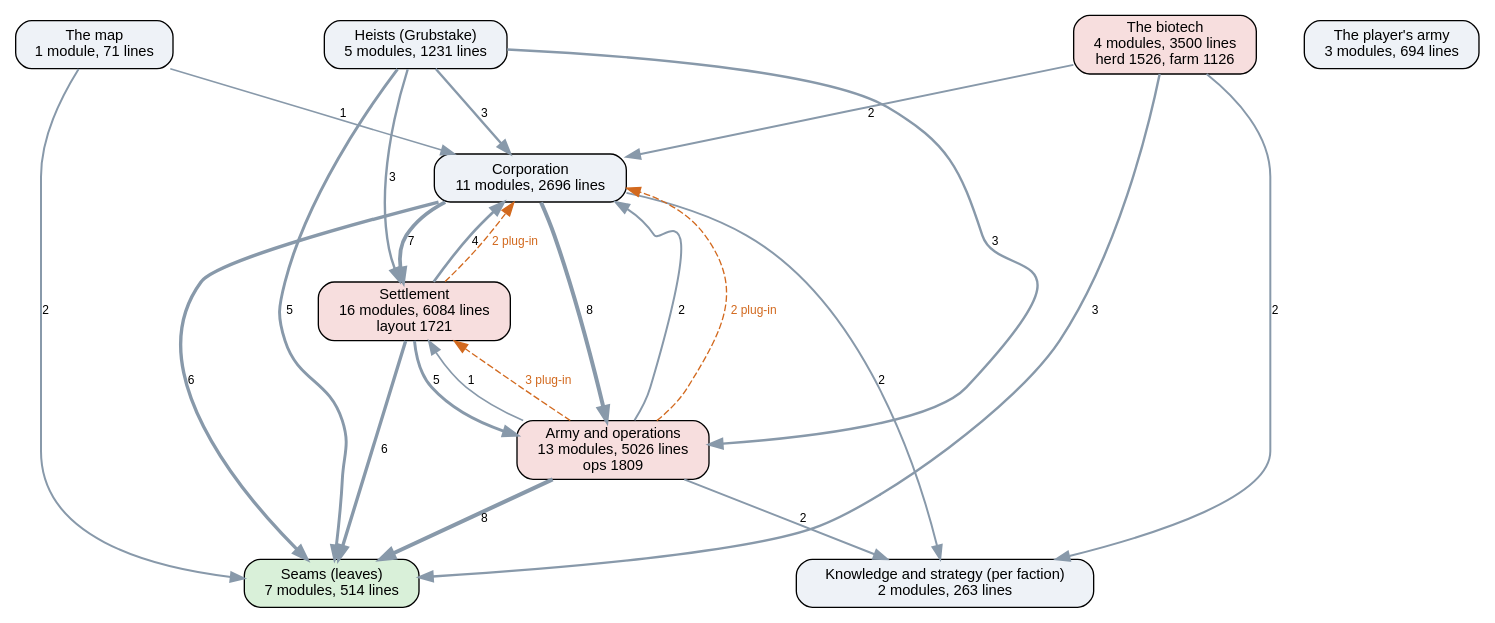
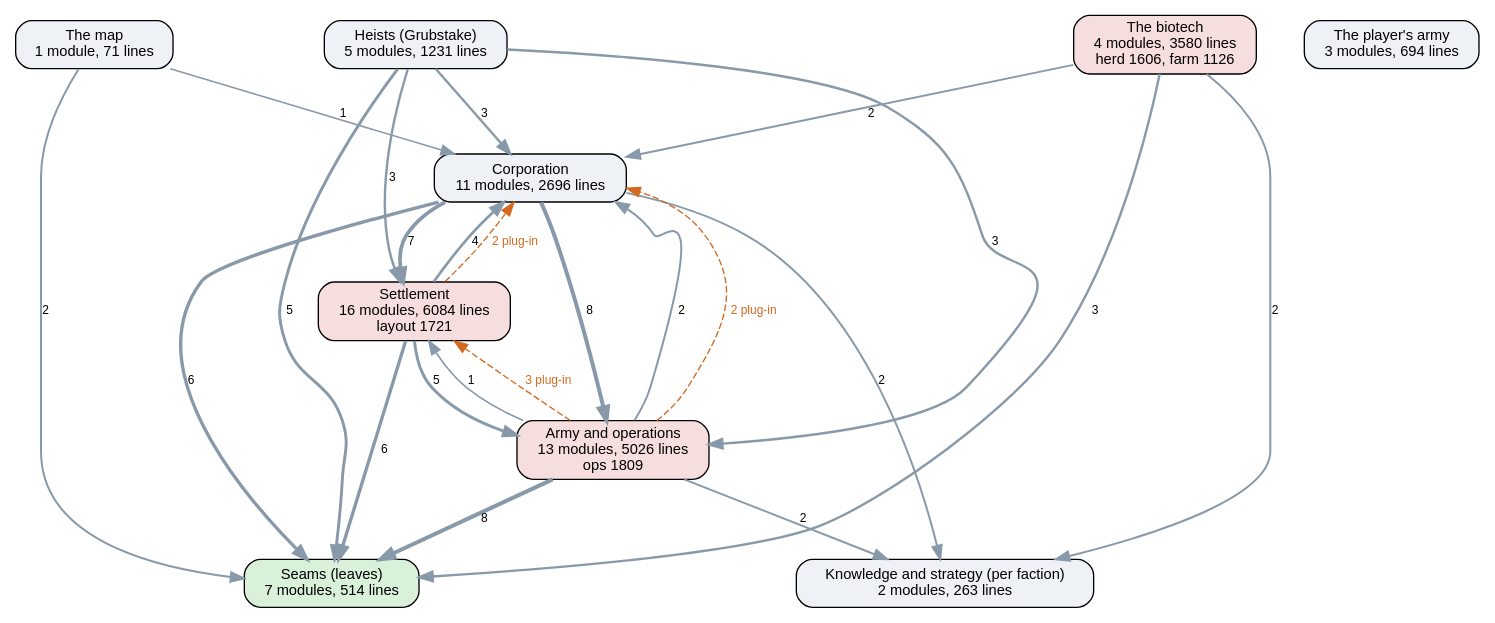
One commit to kinelhu/landing-party changed the diagram in docs/ai-layers.dot. Above: the diagram before and after it, drawn with Graphviz. The commit also changed 8 other files, not shown here.

```diff
--- a/docs/ai-layers.dot
+++ b/docs/ai-layers.dot
@@ -1,37 +1,37 @@
 digraph layers {
   graph [rankdir=TB, fontname="Helvetica", nodesep=0.5, ranksep=0.7];
   node [shape=box, style="rounded,filled", fontname="Helvetica", fontsize=11, fillcolor="#eef2f7"];
   edge [color="#8899aa", fontname="Helvetica", fontsize=9];
   "Seams (leaves)" [label="Seams (leaves)\n7 modules, 514 lines", fillcolor="#d9f0d9"];
   "Knowledge and strategy (per faction)" [label="Knowledge and strategy (per faction)\n2 modules, 263 lines", fillcolor="#eef2f7"];
   "Corporation" [label="Corporation\n11 modules, 2696 lines", fillcolor="#eef2f7"];
   "Settlement" [label="Settlement\n16 modules, 6084 lines\nlayout 1721", fillcolor="#f7dede"];
   "Army and operations" [label="Army and operations\n13 modules, 5026 lines\nops 1809", fillcolor="#f7dede"];
   "Heists (Grubstake)" [label="Heists (Grubstake)\n5 modules, 1231 lines", fillcolor="#eef2f7"];
-  "The biotech" [label="The biotech\n4 modules, 3500 lines\nherd 1526, farm 1126", fillcolor="#f7dede"];
+  "The biotech" [label="The biotech\n4 modules, 3580 lines\nherd 1606, farm 1126", fillcolor="#f7dede"];
   "The map" [label="The map\n1 module, 71 lines", fillcolor="#eef2f7"];
   "The player's army" [label="The player's army\n3 modules, 694 lines", fillcolor="#eef2f7"];
   "Army and operations" -> "Corporation" [label="2", penwidth=1.5];
   "Army and operations" -> "Knowledge and strategy (per faction)" [label="2", penwidth=1.5];
   "Army and operations" -> "Seams (leaves)" [label="8", penwidth=3.0];
   "Army and operations" -> "Settlement" [label="1", penwidth=1.2];
   "Corporation" -> "Army and operations" [label="8", penwidth=3.0];
   "Corporation" -> "Knowledge and strategy (per faction)" [label="2", penwidth=1.5];
   "Corporation" -> "Seams (leaves)" [label="6", penwidth=2.5];
   "Corporation" -> "Settlement" [label="7", penwidth=2.8];
   "Heists (Grubstake)" -> "Army and operations" [label="3", penwidth=1.8];
   "Heists (Grubstake)" -> "Corporation" [label="3", penwidth=1.8];
   "Heists (Grubstake)" -> "Seams (leaves)" [label="5", penwidth=2.2];
   "Heists (Grubstake)" -> "Settlement" [label="3", penwidth=1.8];
   "Settlement" -> "Army and operations" [label="5", penwidth=2.2];
   "Settlement" -> "Corporation" [label="4", penwidth=2.0];
   "Settlement" -> "Seams (leaves)" [label="6", penwidth=2.5];
   "The biotech" -> "Corporation" [label="2", penwidth=1.5];
   "The biotech" -> "Knowledge and strategy (per faction)" [label="2", penwidth=1.5];
   "The biotech" -> "Seams (leaves)" [label="3", penwidth=1.8];
   "The map" -> "Corporation" [label="1", penwidth=1.2];
   "The map" -> "Seams (leaves)" [label="2", penwidth=1.5];
   "Army and operations" -> "Corporation" [style=dashed, color="#d2691e", fontcolor="#d2691e", label="2 plug-in"];
   "Army and operations" -> "Settlement" [style=dashed, color="#d2691e", fontcolor="#d2691e", label="3 plug-in"];
   "Settlement" -> "Corporation" [style=dashed, color="#d2691e", fontcolor="#d2691e", label="2 plug-in"];
 }
```
